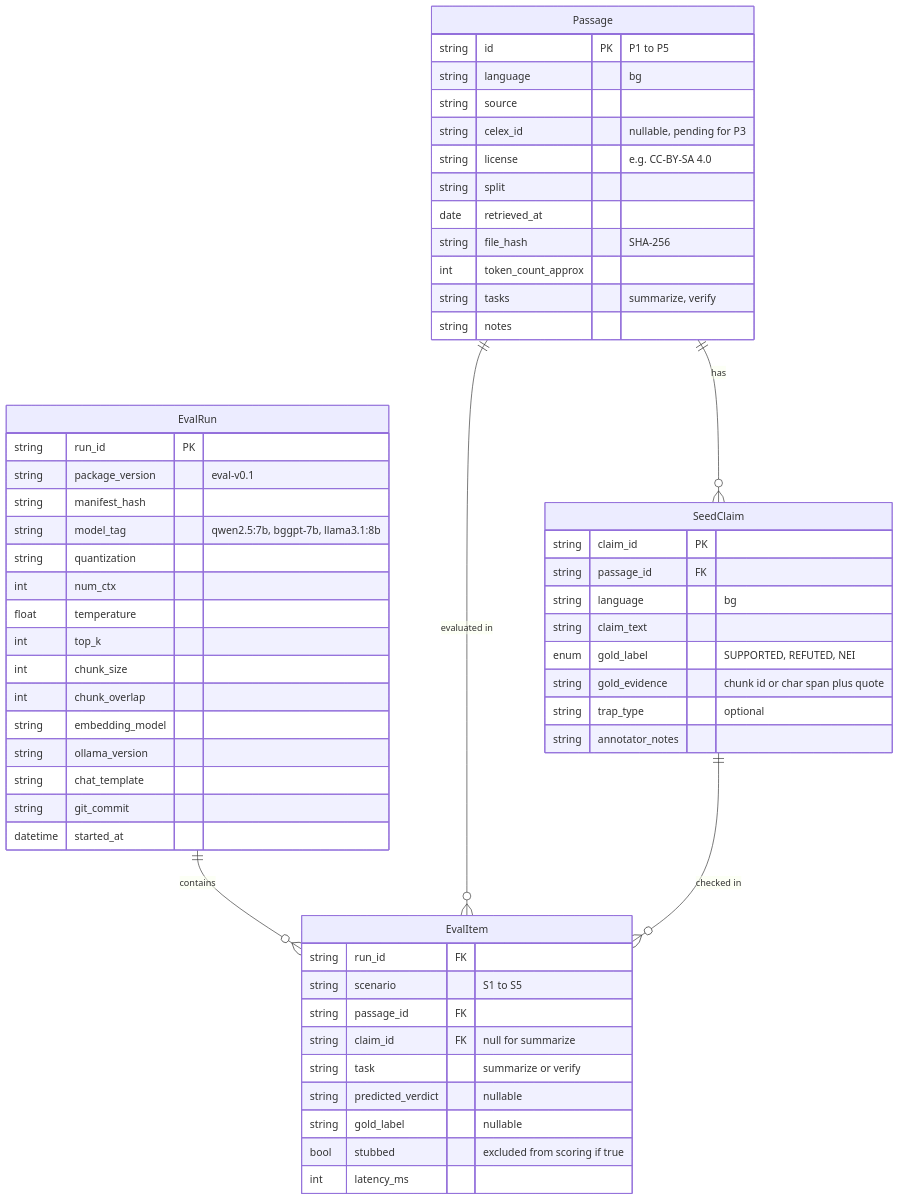
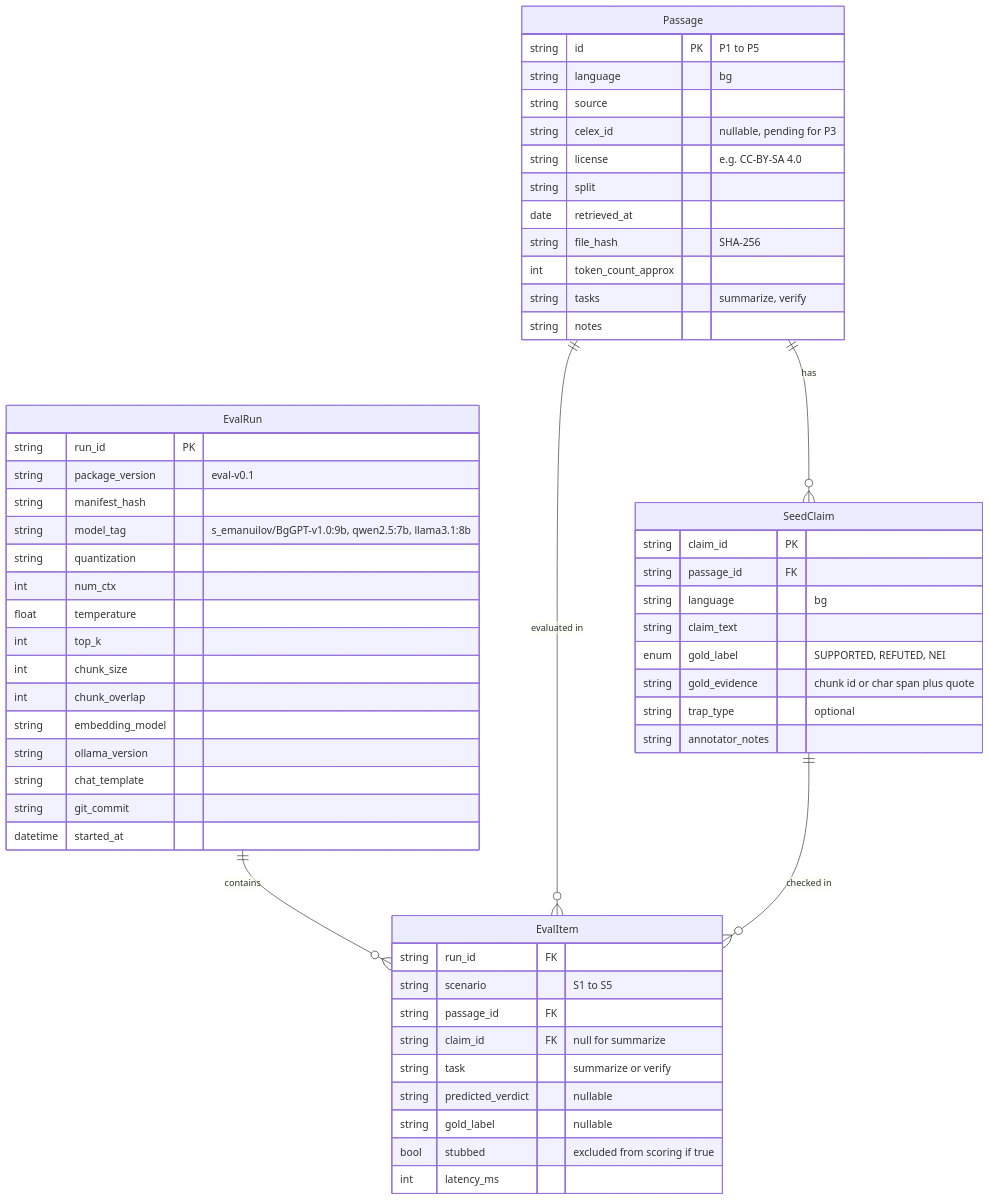
One commit to mdimitrov1298/Legal-Document-Assistant changed the sixth of 16 diagrams in docs/architecture-diagrams.md. Above: the diagram before and after it, drawn with Mermaid. The commit also changed other lines of this file and 9 other files, not shown here.

Commit message:
Make BgGPT v1.0 9B (s_emanuilov/BgGPT-v1.0:9b) the default model; keep qwen2.5:7b as low-memory fallback

````diff
--- a/docs/architecture-diagrams.md
+++ b/docs/architecture-diagrams.md
@@ -254,62 +254,62 @@
 ```mermaid
 erDiagram
     Passage ||--o{ SeedClaim : "has"
     EvalRun ||--o{ EvalItem : "contains"
     Passage ||--o{ EvalItem : "evaluated in"
     SeedClaim ||--o{ EvalItem : "checked in"
 
     Passage {
         string id PK "P1 to P5"
         string language "bg"
         string source
         string celex_id "nullable, pending for P3"
         string license "e.g. CC-BY-SA 4.0"
         string split
         date retrieved_at
         string file_hash "SHA-256"
         int token_count_approx
         string tasks "summarize, verify"
         string notes
     }
 
     SeedClaim {
         string claim_id PK
         string passage_id FK
         string language "bg"
         string claim_text
         enum gold_label "SUPPORTED, REFUTED, NEI"
         string gold_evidence "chunk id or char span plus quote"
         string trap_type "optional"
         string annotator_notes
     }
 
     EvalRun {
         string run_id PK
         string package_version "eval-v0.1"
         string manifest_hash
-        string model_tag "qwen2.5:7b, bggpt-7b, llama3.1:8b"
+        string model_tag "s_emanuilov/BgGPT-v1.0:9b, qwen2.5:7b, llama3.1:8b"
         string quantization
         int num_ctx
         float temperature
         int top_k
         int chunk_size
         int chunk_overlap
         string embedding_model
         string ollama_version
         string chat_template
         string git_commit
         datetime started_at
     }
 
     EvalItem {
         string run_id FK
         string scenario "S1 to S5"
         string passage_id FK
         string claim_id FK "null for summarize"
         string task "summarize or verify"
         string predicted_verdict "nullable"
         string gold_label "nullable"
         bool stubbed "excluded from scoring if true"
         int latency_ms
     }
 ```
````
